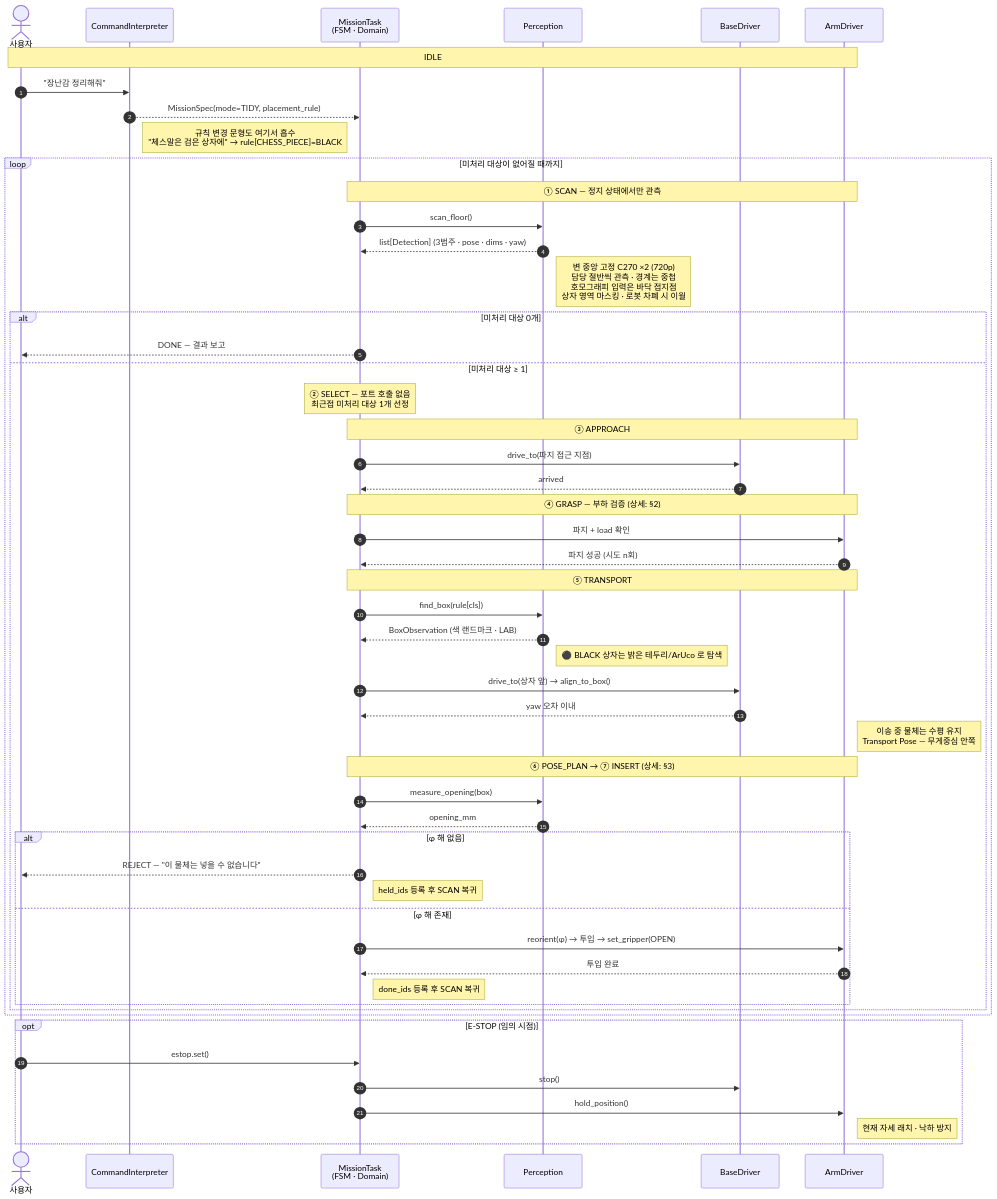
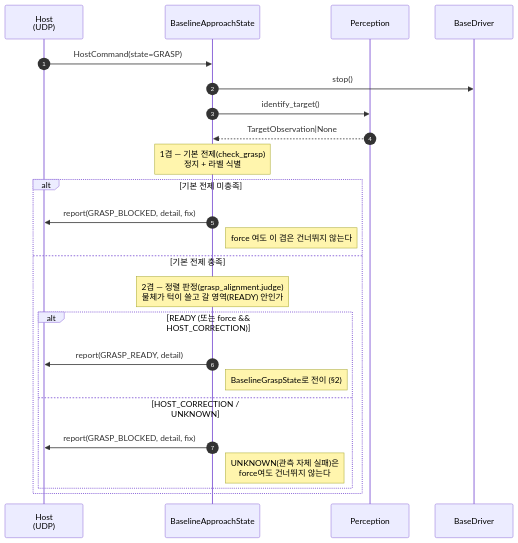
Before and after one commit to grippers-intel/grippers: the first of 5 diagrams in docs/design/sequences.md, drawn with Mermaid. The commit also changed other lines of this file and 7 other files, not shown here.

First line of the commit message:
docs: 설계 문서 5종을 실제 baseline_mission 코드 기준으로 전면 재작성 (2026-09-04)

````diff
--- a/docs/design/sequences.md
+++ b/docs/design/sequences.md
@@ -22,63 +28,28 @@
 ```mermaid
 sequenceDiagram
     autonumber
-    actor OP as 사용자
-    participant I as CommandInterpreter
-    participant T as MissionTask<br/>(FSM · Domain)
+    participant H as Host<br/>(UDP)
+    participant M as BaselineApproachState
     participant P as Perception
     participant B as BaseDriver
-    participant A as ArmDriver
 
-    Note over OP,A: IDLE
-    OP->>I: "장난감 정리해줘"
-    I-->>T: MissionSpec(mode=TIDY, placement_rule)
-    Note right of I: 규칙 변경 문형도 여기서 흡수<br/>"체스말은 검은 상자에" → rule[CHESS_PIECE]=BLACK
+    H->>M: HostCommand(state=GRASP)
+    M->>B: stop()
+    M->>P: identify_target()
+    P-->>M: TargetObservation|None
 
-    loop 미처리 대상이 없어질 때까지
-        Note over T,A: ① SCAN — 정지 상태에서만 관측
-        T->>P: scan_floor()
-        P-->>T: list[Detection] (3범주 · pose · dims · yaw)
-        Note right of P: 변 중앙 고정 C270 ×2 (720p)<br/>담당 절반씩 관측 · 경계는 중첩<br/>호모그래피 입력은 바닥 접지점<br/>상자 영역 마스킹 · 로봇 차폐 시 이월
-
-        alt 미처리 대상 0개
-            T-->>OP: DONE — 결과 보고
-        else 미처리 대상 ≥ 1
-            Note over T: ② SELECT — 포트 호출 없음<br/>최근접 미처리 대상 1개 선정
-
-            Note over T,A: ③ APPROACH
-            T->>B: drive_to(파지 접근 지점)
-            B-->>T: arrived
-
-            Note over T,A: ④ GRASP — 부하 검증 (상세: §2)
-            T->>A: 파지 + load 확인
-            A-->>T: 파지 성공 (시도 n회)
-
-            Note over T,A: ⑤ TRANSPORT
-            T->>P: find_box(rule[cls])
-            P-->>T: BoxObservation (색 랜드마크 · LAB)
-        Note right of P: ⚫ BLACK 상자는 밝은 테두리/ArUco 로 탐색
-            T->>B: drive_to(상자 앞) → align_to_box()
-            B-->>T: yaw 오차 이내
-            Note right of A: 이송 중 물체는 수평 유지<br/>Transport Pose — 무게중심 안쪽
-
-            Note over T,A: ⑥ POSE_PLAN → ⑦ INSERT (상세: §3)
-            T->>P: measure_opening(box)
-            P-->>T: opening_mm
-            alt φ 해 없음
-                T-->>OP: REJECT — "이 물체는 넣을 수 없습니다"
-                Note right of T: held_ids 등록 후 SCAN 복귀
-            else φ 해 존재
-                T->>A: reorient(φ) → 투입 → set_gripper(OPEN)
-                A-->>T: 투입 완료
-                Note right of T: done_ids 등록 후 SCAN 복귀
-            end
+    Note over M: 1겹 — 기본 전제(check_grasp)<br/>정지 + 라벨 식별
+    alt 기본 전제 미충족
+        M->>H: report(GRASP_BLOCKED, detail, fix)
+        Note right of M: force 여도 이 겹은 건너뛰지 않는다
+    else 기본 전제 충족
+        Note over M: 2겹 — 정렬 판정(grasp_alignment.judge)<br/>물체가 턱이 쓸고 갈 영역(READY) 안인가
+        alt READY (또는 force && HOST_CORRECTION)
+            M->>H: report(GRASP_READY, detail)
+            Note right of M: BaselineGraspState로 전이 (§2)
+        else HOST_CORRECTION / UNKNOWN
+            M->>H: report(GRASP_BLOCKED, detail, fix)
+            Note right of M: UNKNOWN(관측 자체 실패)은<br/>force여도 건너뛰지 않는다
         end
     end
-
-    opt E-STOP (임의 시점)
-        OP->>T: estop.set()
-        T->>B: stop()
-        T->>A: hold_position()
-        Note right of A: 현재 자세 래치 · 낙하 방지
-    end
 ```
````
